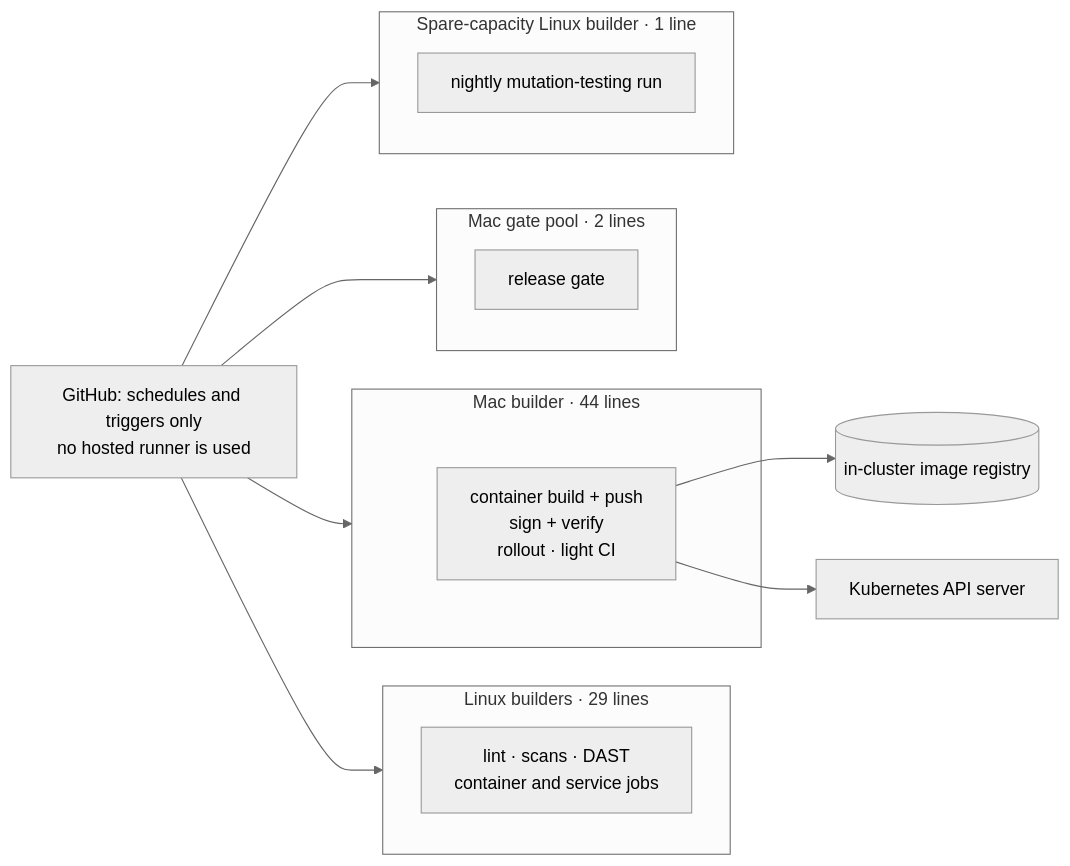
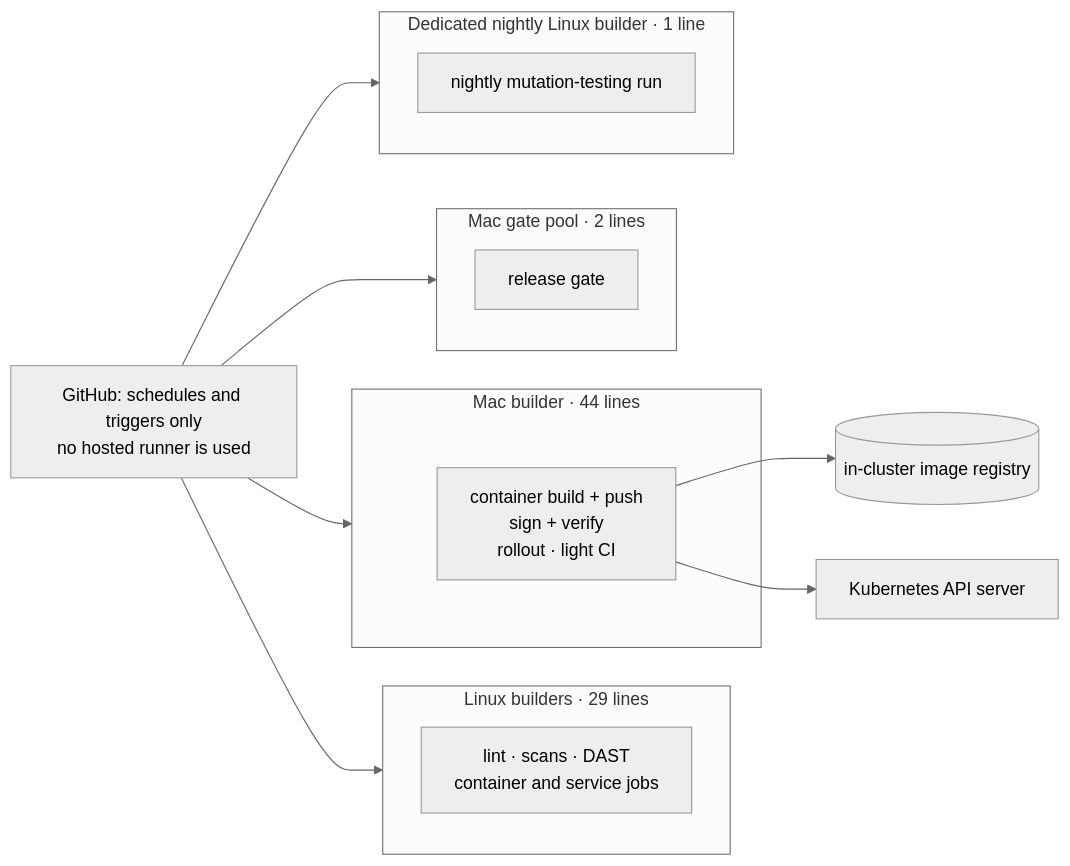
One commit to schultzzznet/schultzzznet changed the first of 3 diagrams in docs/platform.md. Above: the diagram before and after it, drawn with Mermaid (neutral theme). The commit also changed other lines of this file, not shown here.

Commit message:
docs: the nightly runner is picked by a label, not by its network (#2)

````diff
--- a/docs/platform.md
+++ b/docs/platform.md
@@ -44,22 +44,22 @@
 ```mermaid
 flowchart LR
   GH["GitHub: schedules and triggers only<br/>no hosted runner is used"]
   subgraph LIN["Linux builders · 29 lines"]
     A["lint · scans · DAST<br/>container and service jobs"]
   end
   subgraph MAC["Mac builder · 44 lines"]
     B["container build + push<br/>sign + verify<br/>rollout · light CI"]
   end
   subgraph GATE["Mac gate pool · 2 lines"]
     G["release gate"]
   end
-  subgraph WIFI["Spare-capacity Linux builder · 1 line"]
+  subgraph NIGHT["Dedicated nightly Linux builder · 1 line"]
     W["nightly mutation-testing run"]
   end
   GH --> LIN
   GH --> MAC
   GH --> GATE
-  GH --> WIFI
+  GH --> NIGHT
   B --> REG[("in-cluster image registry")]
   B --> API["Kubernetes API server"]
 ```
````
